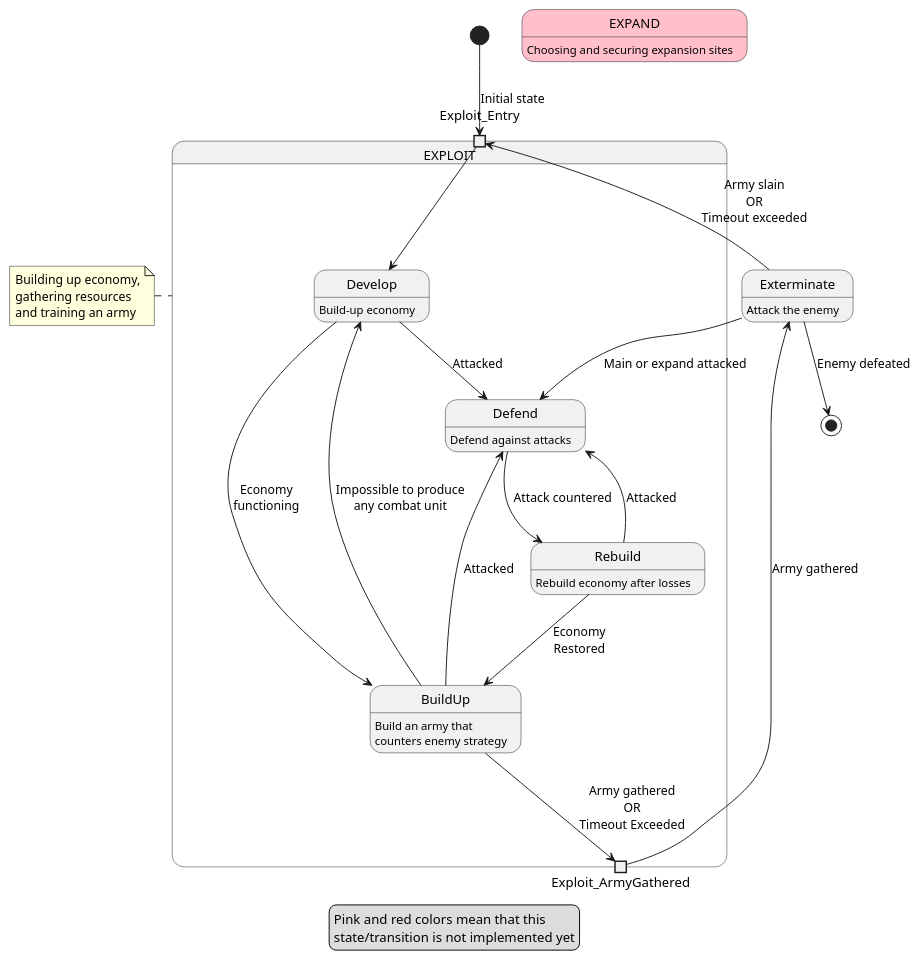
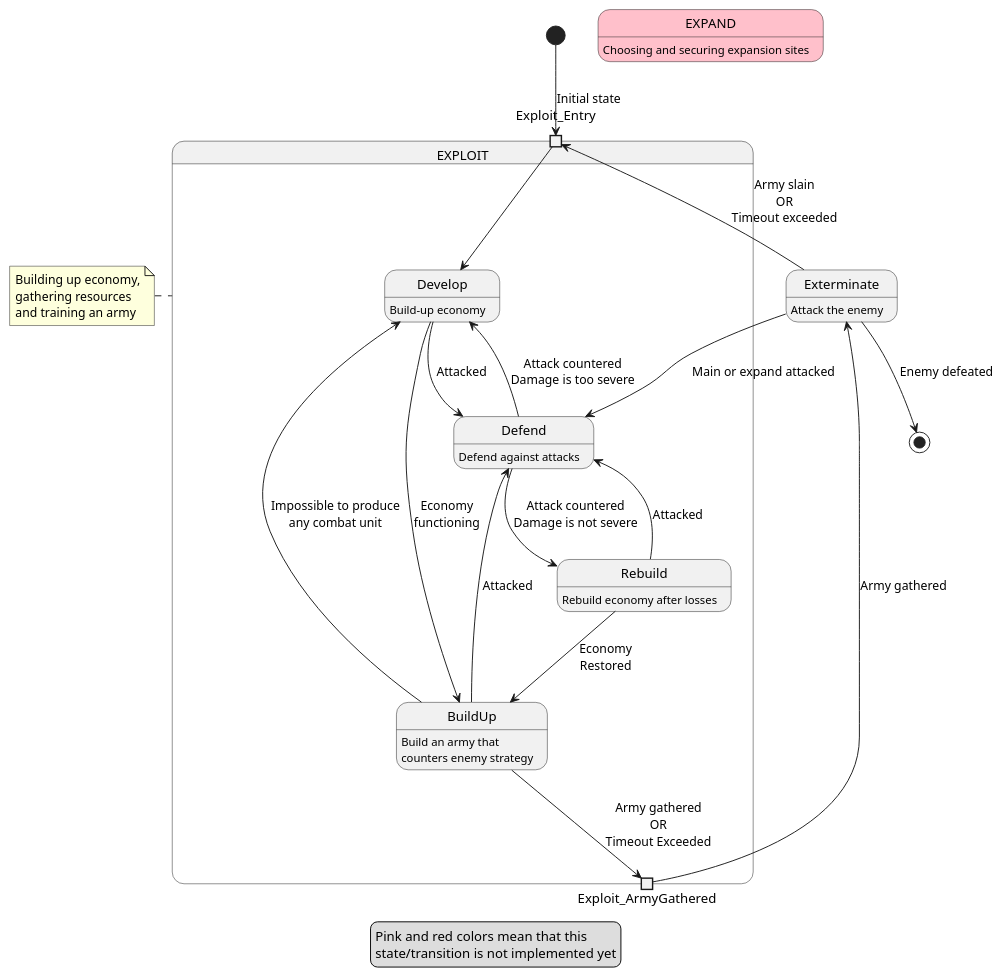
One commit to dikys/HordeScripts changed the diagram in Mods/Mara/Docs/SettlementControllerStates.puml. Above: the diagram before and after it, drawn with PlantUML. The commit also changed 4 other files, not shown here.

Commit message:
Add rebuild time estimation to avoid too long rebuilds

```diff
--- a/Mods/Mara/Docs/SettlementControllerStates.puml
+++ b/Mods/Mara/Docs/SettlementControllerStates.puml
@@ -1,49 +1,50 @@
 @startuml controller states
 
 state EXPLOIT {
     state Develop: Build-up economy
     state Rebuild: Rebuild economy after losses
     state Defend: Defend against attacks
     state BuildUp: Build an army that\ncounters enemy strategy
 
     state Exploit_Entry <<inputPin>>
 
     Exploit_Entry --> Develop
 
-    Defend --> Rebuild: Attack countered
+    Defend --> Rebuild: Attack countered\nDamage is not severe
+    Defend --> Develop: Attack countered\nDamage is too severe
     
     Develop --> BuildUp: Economy\nfunctioning
     Develop --> Defend: Attacked
 
     BuildUp -down-> Exploit_ArmyGathered <<outputPin>>: Army gathered\nOR\nTimeout Exceeded
     BuildUp --> Defend: Attacked
     BuildUp --> Develop: Impossible to produce\nany combat unit
 
     Rebuild --> BuildUp: Economy\nRestored
     Rebuild --> Defend: Attacked
 }
 
 note left of EXPLOIT
 Building up economy,
 gathering resources 
 and training an army
 end note
 
 state EXPAND #pink: Choosing and securing expansion sites
 state Exterminate: Attack the enemy
 
 [*] -down-> Exploit_Entry: Initial state
 
 Exploit_ArmyGathered -right-> Exterminate: Army gathered
 
 Exterminate --> [*]: Enemy defeated
 Exterminate --> Exploit_Entry: Army slain\nOR\nTimeout exceeded
 Exterminate --> Defend: Main or expand attacked
 
 
 legend
 Pink and red colors mean that this 
 state/transition is not implemented yet
 endlegend
 
 @enduml
```
